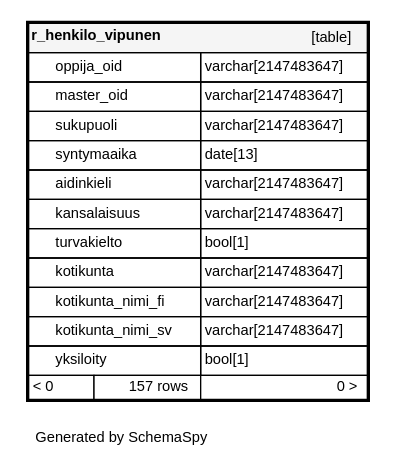
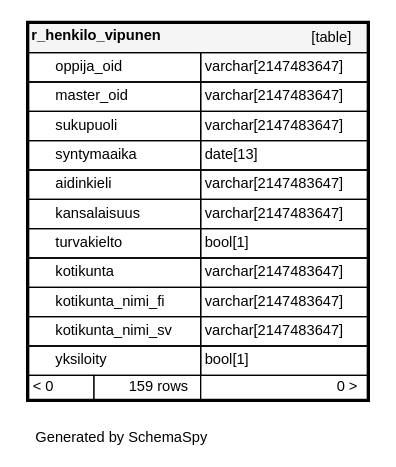
One commit to Opetushallitus/koski changed the diagram in documentation/tietokantaskeemat/koski-raportointikanta/diagrams/tables/r_henkilo_vipunen.1degree.dot. Above: the diagram before and after it, drawn with Graphviz. The commit also changed 111 other files, not shown here.

```diff
--- a/documentation/tietokantaskeemat/koski-raportointikanta/diagrams/tables/r_henkilo_vipunen.1degree.dot
+++ b/documentation/tietokantaskeemat/koski-raportointikanta/diagrams/tables/r_henkilo_vipunen.1degree.dot
@@ -1,24 +1,24 @@
 digraph "oneDegreeRelationshipsDiagram" {
   graph [    rankdir="RL"    bgcolor="#ffffff"    label="\nGenerated by SchemaSpy"    labeljust="l"    nodesep="0.18"    ranksep="0.46"    fontname="Helvetica"    fontsize="11"    ration="compress"  ];  node [    fontname="Helvetica"    fontsize="11"    shape="plaintext"  ];  edge [    arrowsize="0.8"  ];
   "r_henkilo_vipunen" [
    label=<
     <TABLE BORDER="2" CELLBORDER="1" CELLSPACING="0" BGCOLOR="#ffffff">
       <TR><TD COLSPAN="4"  BGCOLOR="#f5f5f5"><TABLE BORDER="0" CELLSPACING="0"><TR><TD ALIGN="LEFT" FIXEDSIZE="TRUE" WIDTH="108" HEIGHT="16"><B>r_henkilo_vipunen</B></TD><TD ALIGN="RIGHT">[table]</TD></TR></TABLE></TD></TR>
       <TR><TD PORT="oppija_oid" COLSPAN="2" ALIGN="LEFT"><TABLE BORDER="0" CELLSPACING="0" ALIGN="LEFT"><TR ALIGN="LEFT"><TD ALIGN="LEFT" FIXEDSIZE="TRUE" WIDTH="15" HEIGHT="16"></TD><TD ALIGN="LEFT" FIXEDSIZE="TRUE" WIDTH="108" HEIGHT="16">oppija_oid</TD></TR></TABLE></TD><TD PORT="oppija_oid.type" ALIGN="LEFT">varchar[2147483647]</TD></TR>
       <TR><TD PORT="master_oid" COLSPAN="2" ALIGN="LEFT"><TABLE BORDER="0" CELLSPACING="0" ALIGN="LEFT"><TR ALIGN="LEFT"><TD ALIGN="LEFT" FIXEDSIZE="TRUE" WIDTH="15" HEIGHT="16"></TD><TD ALIGN="LEFT" FIXEDSIZE="TRUE" WIDTH="108" HEIGHT="16">master_oid</TD></TR></TABLE></TD><TD PORT="master_oid.type" ALIGN="LEFT">varchar[2147483647]</TD></TR>
       <TR><TD PORT="sukupuoli" COLSPAN="2" ALIGN="LEFT"><TABLE BORDER="0" CELLSPACING="0" ALIGN="LEFT"><TR ALIGN="LEFT"><TD ALIGN="LEFT" FIXEDSIZE="TRUE" WIDTH="15" HEIGHT="16"></TD><TD ALIGN="LEFT" FIXEDSIZE="TRUE" WIDTH="108" HEIGHT="16">sukupuoli</TD></TR></TABLE></TD><TD PORT="sukupuoli.type" ALIGN="LEFT">varchar[2147483647]</TD></TR>
       <TR><TD PORT="syntymaaika" COLSPAN="2" ALIGN="LEFT"><TABLE BORDER="0" CELLSPACING="0" ALIGN="LEFT"><TR ALIGN="LEFT"><TD ALIGN="LEFT" FIXEDSIZE="TRUE" WIDTH="15" HEIGHT="16"></TD><TD ALIGN="LEFT" FIXEDSIZE="TRUE" WIDTH="108" HEIGHT="16">syntymaaika</TD></TR></TABLE></TD><TD PORT="syntymaaika.type" ALIGN="LEFT">date[13]</TD></TR>
       <TR><TD PORT="aidinkieli" COLSPAN="2" ALIGN="LEFT"><TABLE BORDER="0" CELLSPACING="0" ALIGN="LEFT"><TR ALIGN="LEFT"><TD ALIGN="LEFT" FIXEDSIZE="TRUE" WIDTH="15" HEIGHT="16"></TD><TD ALIGN="LEFT" FIXEDSIZE="TRUE" WIDTH="108" HEIGHT="16">aidinkieli</TD></TR></TABLE></TD><TD PORT="aidinkieli.type" ALIGN="LEFT">varchar[2147483647]</TD></TR>
       <TR><TD PORT="kansalaisuus" COLSPAN="2" ALIGN="LEFT"><TABLE BORDER="0" CELLSPACING="0" ALIGN="LEFT"><TR ALIGN="LEFT"><TD ALIGN="LEFT" FIXEDSIZE="TRUE" WIDTH="15" HEIGHT="16"></TD><TD ALIGN="LEFT" FIXEDSIZE="TRUE" WIDTH="108" HEIGHT="16">kansalaisuus</TD></TR></TABLE></TD><TD PORT="kansalaisuus.type" ALIGN="LEFT">varchar[2147483647]</TD></TR>
       <TR><TD PORT="turvakielto" COLSPAN="2" ALIGN="LEFT"><TABLE BORDER="0" CELLSPACING="0" ALIGN="LEFT"><TR ALIGN="LEFT"><TD ALIGN="LEFT" FIXEDSIZE="TRUE" WIDTH="15" HEIGHT="16"></TD><TD ALIGN="LEFT" FIXEDSIZE="TRUE" WIDTH="108" HEIGHT="16">turvakielto</TD></TR></TABLE></TD><TD PORT="turvakielto.type" ALIGN="LEFT">bool[1]</TD></TR>
       <TR><TD PORT="kotikunta" COLSPAN="2" ALIGN="LEFT"><TABLE BORDER="0" CELLSPACING="0" ALIGN="LEFT"><TR ALIGN="LEFT"><TD ALIGN="LEFT" FIXEDSIZE="TRUE" WIDTH="15" HEIGHT="16"></TD><TD ALIGN="LEFT" FIXEDSIZE="TRUE" WIDTH="108" HEIGHT="16">kotikunta</TD></TR></TABLE></TD><TD PORT="kotikunta.type" ALIGN="LEFT">varchar[2147483647]</TD></TR>
       <TR><TD PORT="kotikunta_nimi_fi" COLSPAN="2" ALIGN="LEFT"><TABLE BORDER="0" CELLSPACING="0" ALIGN="LEFT"><TR ALIGN="LEFT"><TD ALIGN="LEFT" FIXEDSIZE="TRUE" WIDTH="15" HEIGHT="16"></TD><TD ALIGN="LEFT" FIXEDSIZE="TRUE" WIDTH="108" HEIGHT="16">kotikunta_nimi_fi</TD></TR></TABLE></TD><TD PORT="kotikunta_nimi_fi.type" ALIGN="LEFT">varchar[2147483647]</TD></TR>
       <TR><TD PORT="kotikunta_nimi_sv" COLSPAN="2" ALIGN="LEFT"><TABLE BORDER="0" CELLSPACING="0" ALIGN="LEFT"><TR ALIGN="LEFT"><TD ALIGN="LEFT" FIXEDSIZE="TRUE" WIDTH="15" HEIGHT="16"></TD><TD ALIGN="LEFT" FIXEDSIZE="TRUE" WIDTH="108" HEIGHT="16">kotikunta_nimi_sv</TD></TR></TABLE></TD><TD PORT="kotikunta_nimi_sv.type" ALIGN="LEFT">varchar[2147483647]</TD></TR>
       <TR><TD PORT="yksiloity" COLSPAN="2" ALIGN="LEFT"><TABLE BORDER="0" CELLSPACING="0" ALIGN="LEFT"><TR ALIGN="LEFT"><TD ALIGN="LEFT" FIXEDSIZE="TRUE" WIDTH="15" HEIGHT="16"></TD><TD ALIGN="LEFT" FIXEDSIZE="TRUE" WIDTH="108" HEIGHT="16">yksiloity</TD></TR></TABLE></TD><TD PORT="yksiloity.type" ALIGN="LEFT">bool[1]</TD></TR>
-      <TR><TD ALIGN="LEFT" BGCOLOR="#ffffff">&lt; 0</TD><TD ALIGN="RIGHT" BGCOLOR="#ffffff">157 rows</TD><TD ALIGN="RIGHT" BGCOLOR="#ffffff">0 &gt;</TD></TR>
+      <TR><TD ALIGN="LEFT" BGCOLOR="#ffffff">&lt; 0</TD><TD ALIGN="RIGHT" BGCOLOR="#ffffff">159 rows</TD><TD ALIGN="RIGHT" BGCOLOR="#ffffff">0 &gt;</TD></TR>
     </TABLE>>
     URL="../../tables/r_henkilo_vipunen.html"
     target="_top"
     tooltip="r_henkilo_vipunen"
   ];
 }
```
